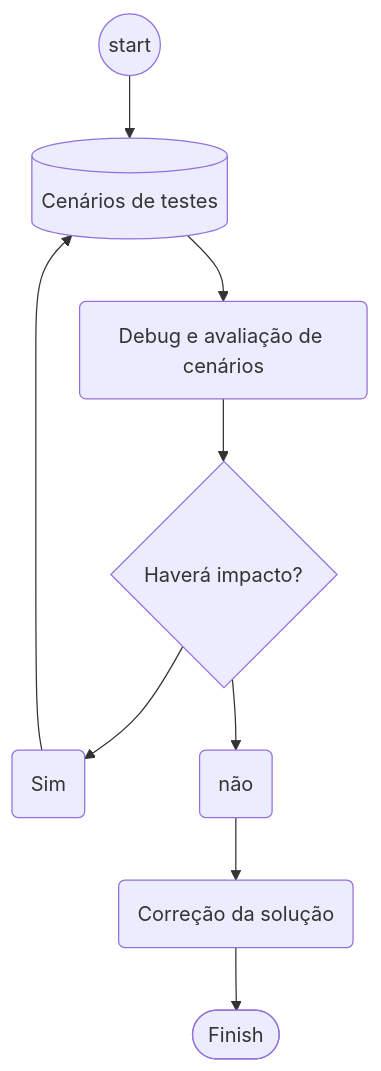
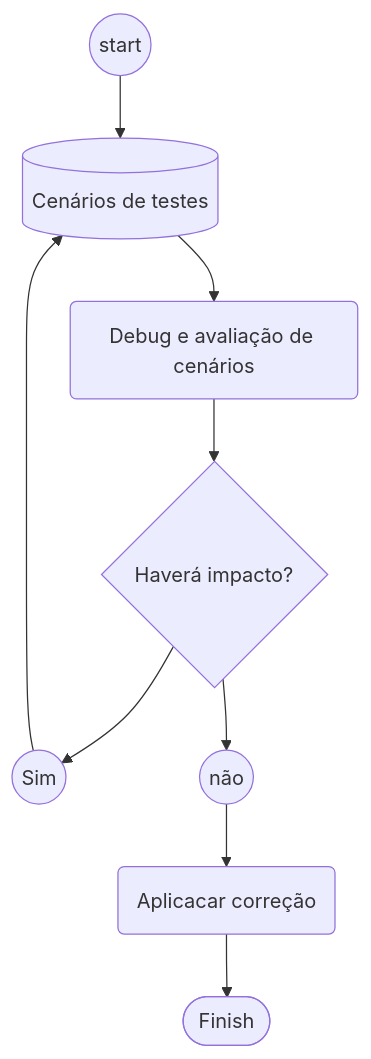
One commit to edmilson-nascimento/abap-7.4 changed the diagram in README.md. Above: the diagram before and after it, drawn with Mermaid.

````diff
--- a/README.md
+++ b/README.md
@@ -13,17 +13,17 @@
 ```mermaid
 flowchart TD
     
     Start((start)) --> DadosTeste[(Cenários de testes)]
     
     DadosTeste --> Debug(Debug e avaliação de cenários)
     Debug --> CheckAcao{Haverá impacto?} 
 
-    CheckAcao --> sim(Sim)
+    CheckAcao --> sim((Sim))
     sim --> DadosTeste
     
-    CheckAcao --> nao(não)
+    CheckAcao --> nao((não))
     
-    nao --> Fix(Correção da solução)
+    nao --> Fix(Aplicacar correção)
 
     Fix --> Finish([Finish])
 ```
````
